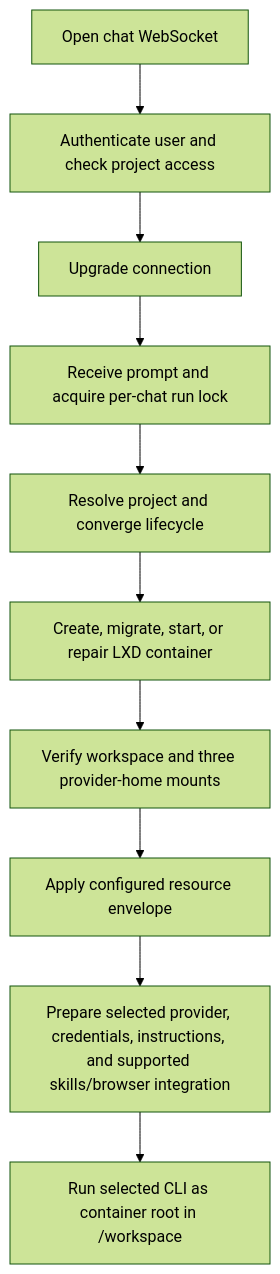
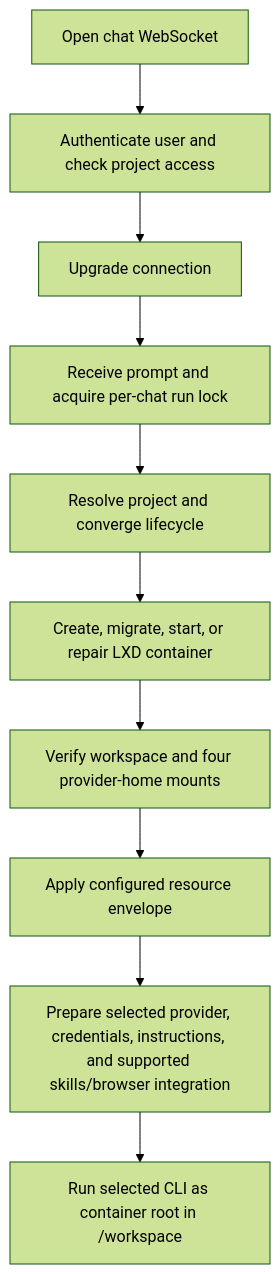
Before and after one commit to AbdallahMohamedDotnet/remote.futrx: the fifth of 8 diagrams in docs/01-overview/00-philosophy.md, drawn with Mermaid (forest theme). The commit also changed other lines of this file and 27 other files, not shown here.

````diff
--- a/docs/01-overview/00-philosophy.md
+++ b/docs/01-overview/00-philosophy.md
@@ -274,12 +278,12 @@
 ```mermaid
 flowchart TD
     Socket["Open chat WebSocket"] --> Access["Authenticate user and check project access"]
     Access --> Upgrade["Upgrade connection"]
     Upgrade --> Prompt["Receive prompt and acquire per-chat run lock"]
     Prompt --> Project["Resolve project and converge lifecycle"]
     Project --> LXD["Create, migrate, start, or repair LXD container"]
-    LXD --> Mounts["Verify workspace and three provider-home mounts"]
+    LXD --> Mounts["Verify workspace and four provider-home mounts"]
     Mounts --> Limits["Apply configured resource envelope"]
     Limits --> Prep["Prepare selected provider, credentials, instructions, and supported skills/browser integration"]
     Prep --> Exec["Run selected CLI as container root in /workspace"]
 ```
````
